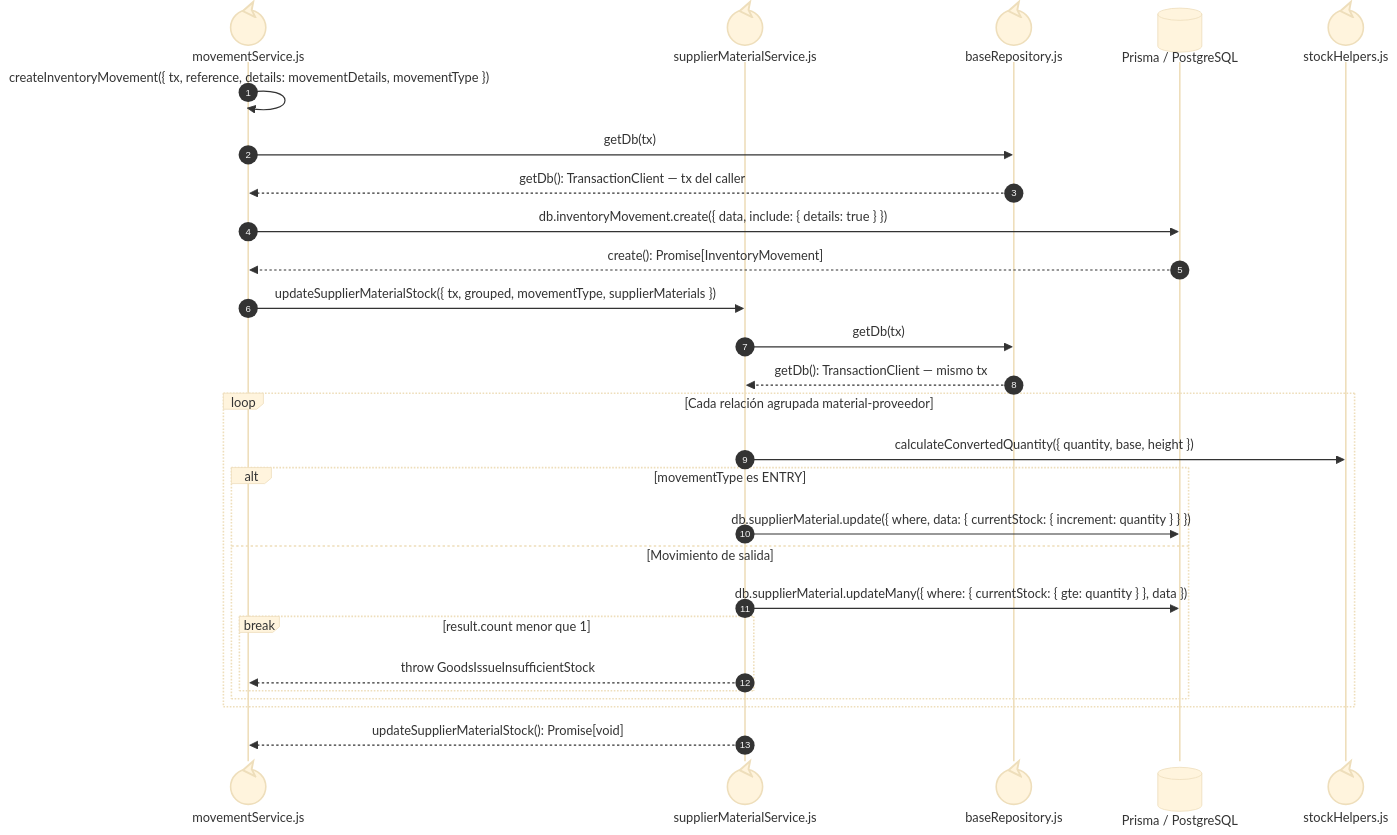
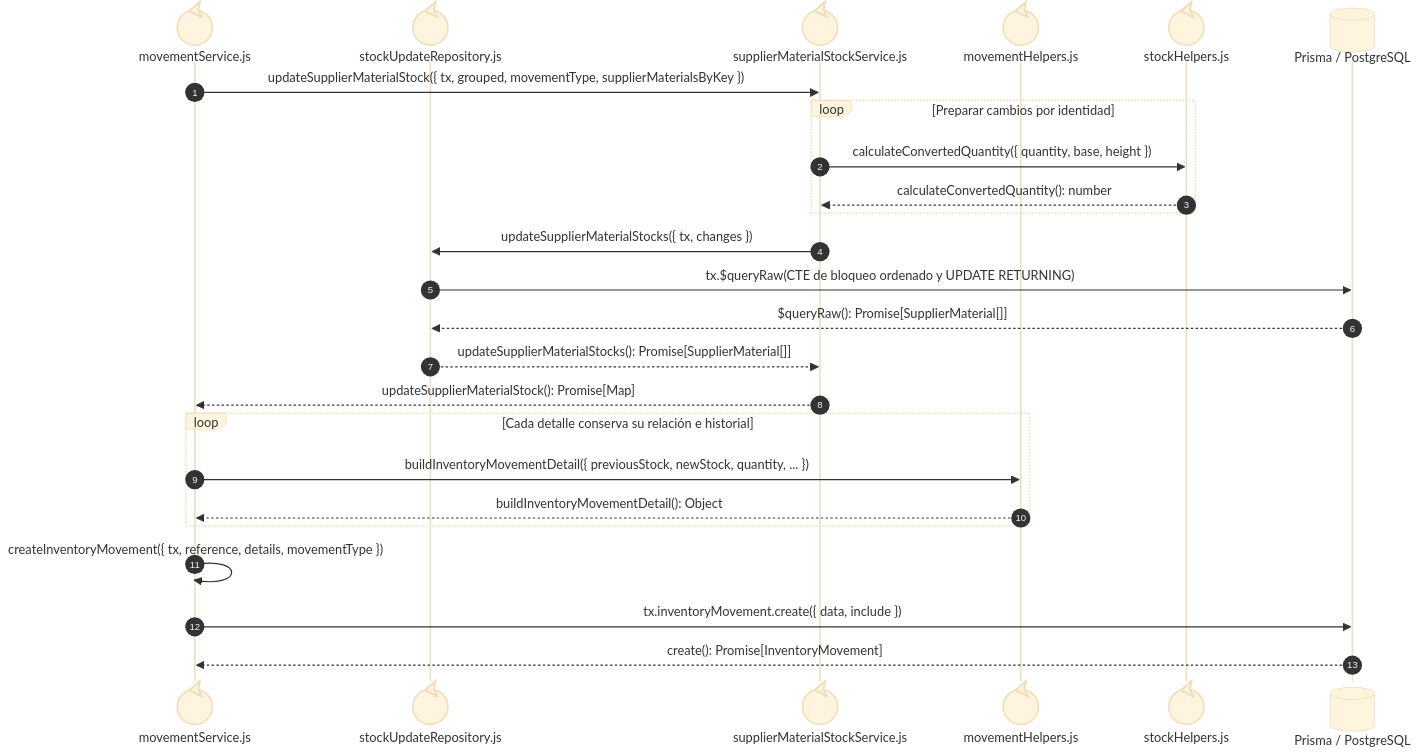
One commit to gpgsistemas01/nexus changed the eighth of 8 diagrams in docs/architecture/views/processes/backend-code-sequences/purchases/cu-ent-08.md. Above: the diagram before and after it, drawn with Mermaid (base theme). The commit also changed other lines of this file and 122 other files, not shown here.

````diff
--- a/docs/architecture/views/processes/backend-code-sequences/purchases/cu-ent-08.md
+++ b/docs/architecture/views/processes/backend-code-sequences/purchases/cu-ent-08.md
@@ -323,30 +305,27 @@
 ```mermaid
 sequenceDiagram
     autonumber
     participant Inventory@{ "type": "control" } as movementService.js
-    participant Costs@{ "type": "control" } as supplierMaterialService.js
-    participant FileBaseRepository@{ "type": "control" } as baseRepository.js
+    participant StockUpdateRepo@{ "type": "control" } as stockUpdateRepository.js
+    participant StockBalance@{ "type": "control" } as supplierMaterialStockService.js
+    participant MovementHelpers@{ "type": "control" } as movementHelpers.js
+    participant StockChecks@{ "type": "control" } as stockHelpers.js
     participant Prisma@{ "type": "database" } as Prisma / PostgreSQL
-    participant Conversion@{ "type": "control" } as stockHelpers.js
-
-    Inventory->>Inventory: createInventoryMovement({ tx, reference, details: movementDetails, movementType })
-    Inventory->>FileBaseRepository: getDb(tx)
-    FileBaseRepository-->>Inventory: getDb(): TransactionClient — tx del caller
-    Inventory->>Prisma: db.inventoryMovement.create({ data, include: { details: true } })
+    Inventory->>StockBalance: updateSupplierMaterialStock({ tx, grouped, movementType, supplierMaterialsByKey })
+    loop Preparar cambios por identidad
+        StockBalance->>StockChecks: calculateConvertedQuantity({ quantity, base, height })
+        StockChecks-->>StockBalance: calculateConvertedQuantity(): number
+    end
+    StockBalance->>StockUpdateRepo: updateSupplierMaterialStocks({ tx, changes })
+    StockUpdateRepo->>Prisma: tx.$queryRaw(CTE de bloqueo ordenado y UPDATE RETURNING)
+    Prisma-->>StockUpdateRepo: $queryRaw(): Promise[SupplierMaterial[]]
+    StockUpdateRepo-->>StockBalance: updateSupplierMaterialStocks(): Promise[SupplierMaterial[]]
+    StockBalance-->>Inventory: updateSupplierMaterialStock(): Promise[Map]
+    loop Cada detalle conserva su relación e historial
+        Inventory->>MovementHelpers: buildInventoryMovementDetail({ previousStock, newStock, quantity, ... })
+        MovementHelpers-->>Inventory: buildInventoryMovementDetail(): Object
+    end
+    Inventory->>Inventory: createInventoryMovement({ tx, reference, details, movementType })
+    Inventory->>Prisma: tx.inventoryMovement.create({ data, include })
     Prisma-->>Inventory: create(): Promise[InventoryMovement]
-    Inventory->>Costs: updateSupplierMaterialStock({ tx, grouped, movementType, supplierMaterials })
-    Costs->>FileBaseRepository: getDb(tx)
-    FileBaseRepository-->>Costs: getDb(): TransactionClient — mismo tx
-    loop Cada relación agrupada material-proveedor
-        Costs->>Conversion: calculateConvertedQuantity({ quantity, base, height })
-        alt movementType es ENTRY
-            Costs->>Prisma: db.supplierMaterial.update({ where, data: { currentStock: { increment: quantity } } })
-        else Movimiento de salida
-            Costs->>Prisma: db.supplierMaterial.updateMany({ where: { currentStock: { gte: quantity } }, data })
-            break result.count menor que 1
-                Costs-->>Inventory: throw GoodsIssueInsufficientStock
-            end
-        end
-    end
-    Costs-->>Inventory: updateSupplierMaterialStock(): Promise[void]
 ```
````
